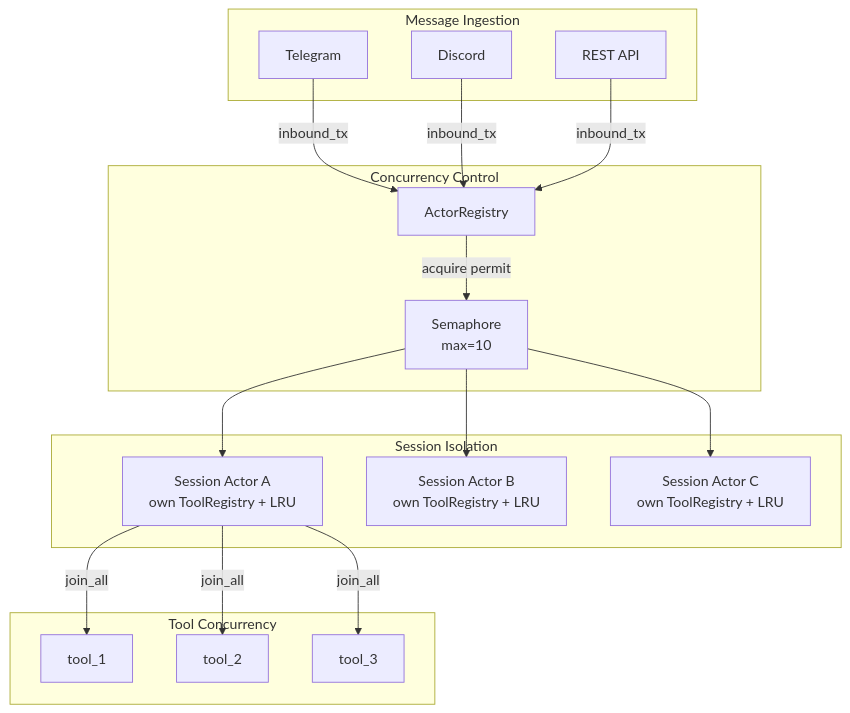
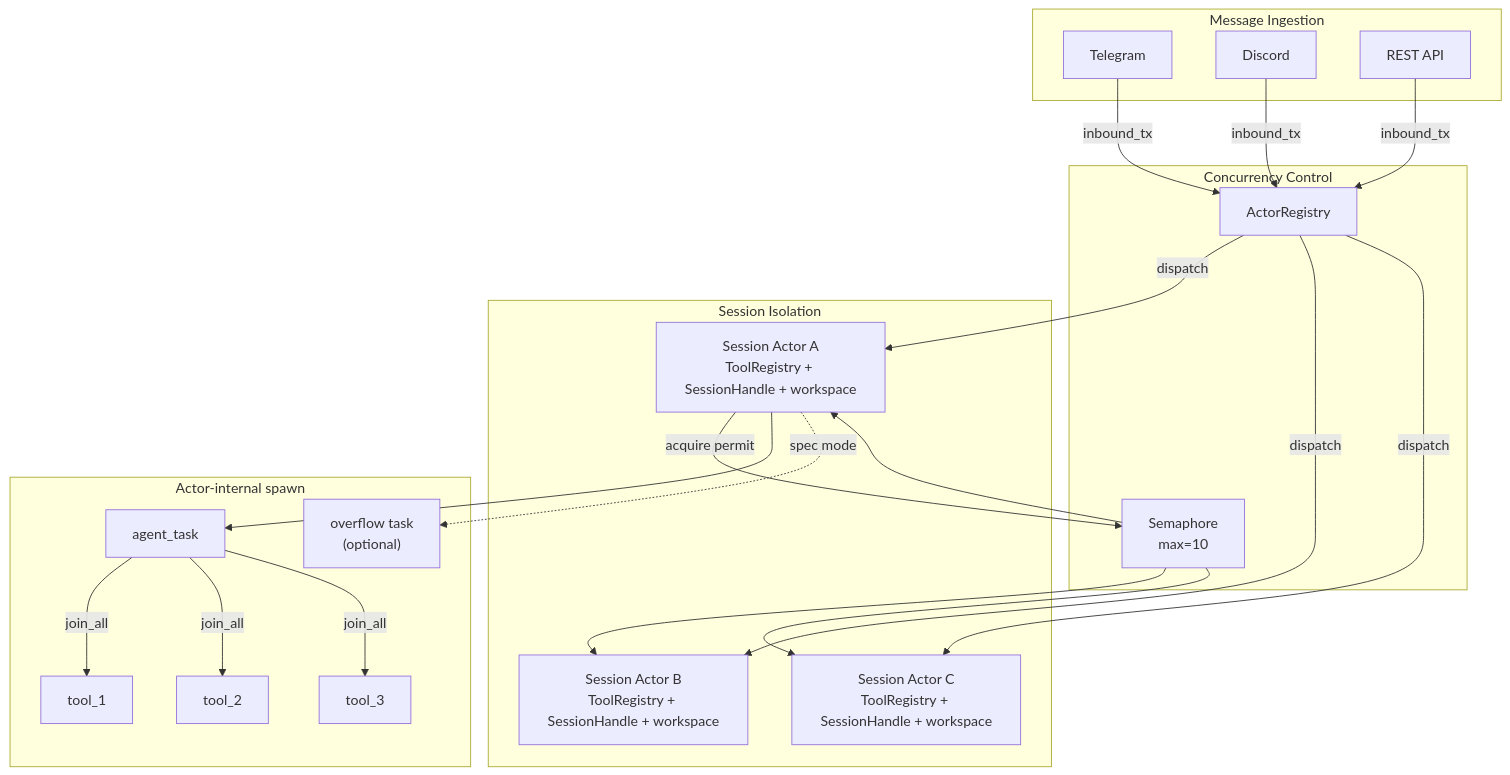
Before and after one commit to ZhangHanDong/octos-book: the first of 2 diagrams in book-en/src/part3/ch11.md, drawn with Mermaid. The commit also changed other lines of this file and 3 other files, not shown here.

````diff
--- a/book-en/src/part3/ch11.md
+++ b/book-en/src/part3/ch11.md
@@ -96,30 +104,35 @@
 ```mermaid
 flowchart TD
     subgraph "Message Ingestion"
         TG["Telegram"]
         DC["Discord"]
         API["REST API"]
     end
 
     subgraph "Concurrency Control"
         SEM["Semaphore<br/>max=10"]
         REG["ActorRegistry"]
     end
 
     subgraph "Session Isolation"
-        A1["Session Actor A<br/>own ToolRegistry + LRU"]
-        A2["Session Actor B<br/>own ToolRegistry + LRU"]
-        A3["Session Actor C<br/>own ToolRegistry + LRU"]
+        A1["Session Actor A<br/>ToolRegistry + SessionHandle + workspace"]
+        A2["Session Actor B<br/>ToolRegistry + SessionHandle + workspace"]
+        A3["Session Actor C<br/>ToolRegistry + SessionHandle + workspace"]
     end
 
-    subgraph "Tool Concurrency"
+    subgraph "Actor-internal spawn"
+        M1["agent_task"]
         T1["tool_1"]
         T2["tool_2"]
         T3["tool_3"]
+        O1["overflow task<br/>(optional)"]
     end
 
     TG & DC & API -->|"inbound_tx"| REG
-    REG -->|"acquire permit"| SEM
+    REG -->|"dispatch"| A1 & A2 & A3
+    A1 -->|"acquire permit"| SEM
     SEM --> A1 & A2 & A3
-    A1 -->|"join_all"| T1 & T2 & T3
+    A1 --> M1
+    M1 -->|"join_all"| T1 & T2 & T3
+    A1 -. spec mode .-> O1
 ```
````
